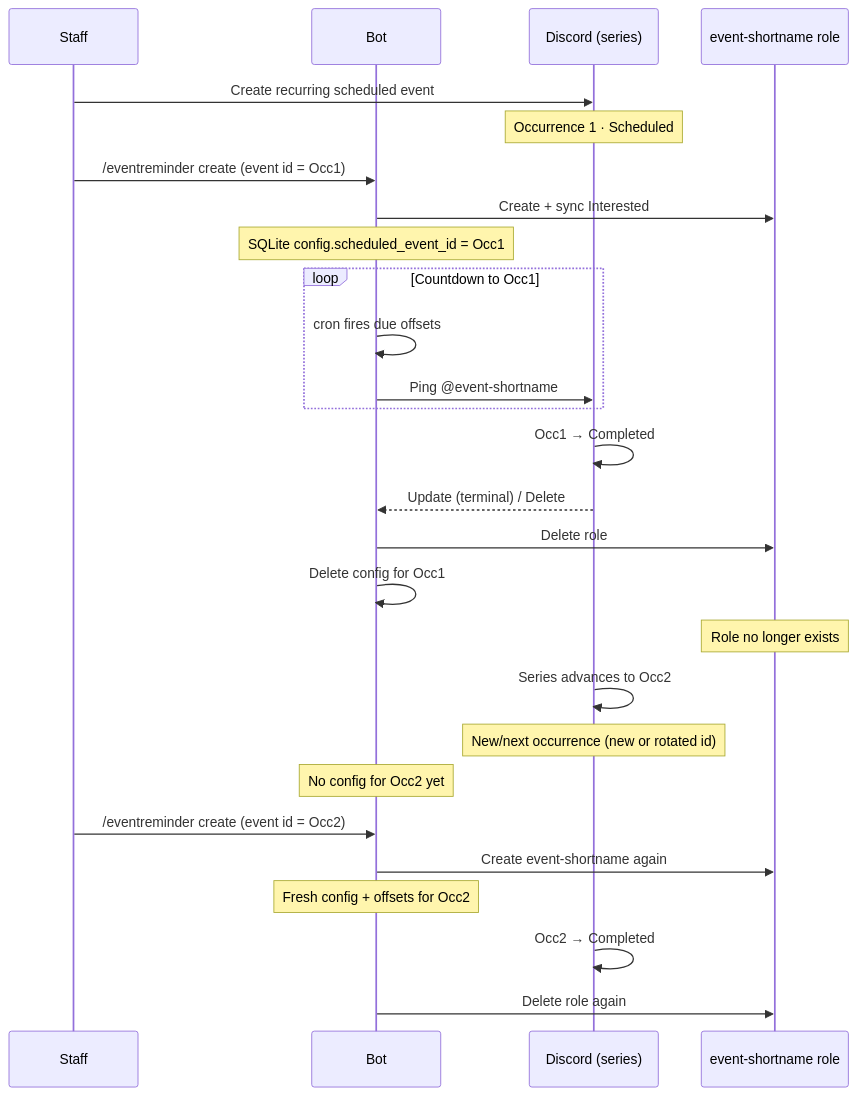
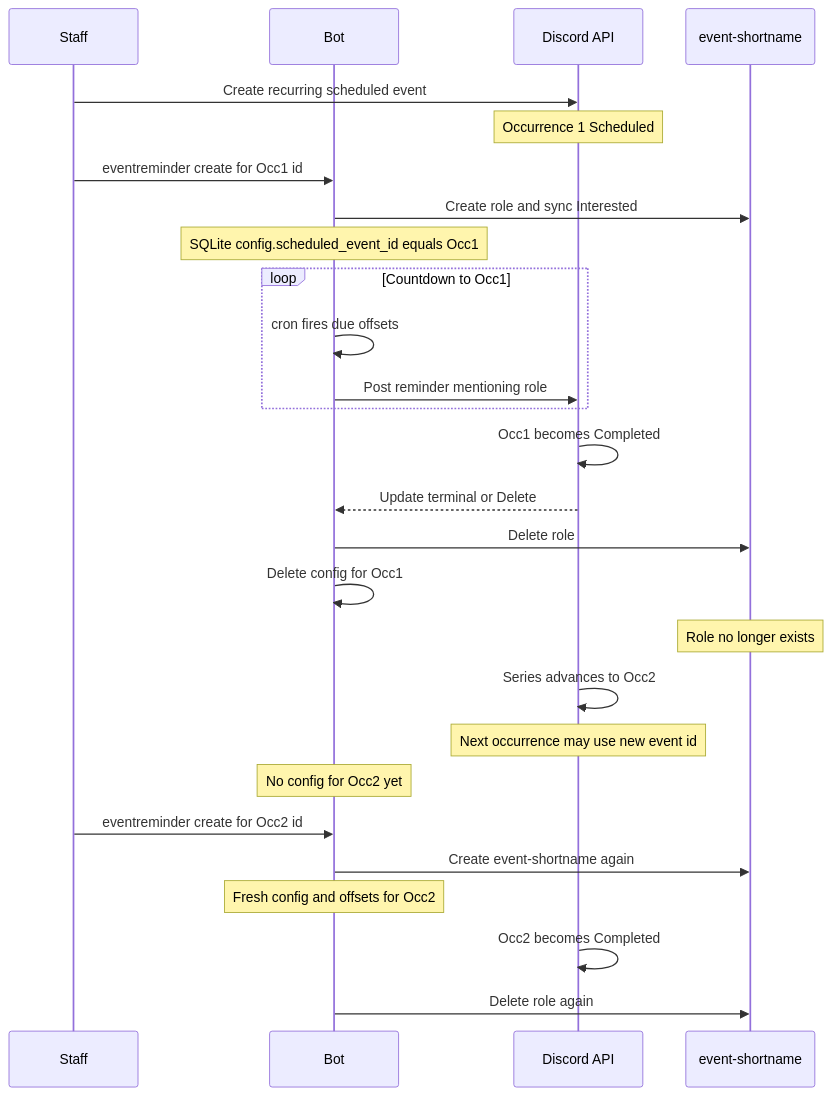
One commit to metalsp0rk/HeisenXP-Bot changed the fourth of 4 diagrams in docs/event-reminders.md. Above: the diagram before and after it, drawn with Mermaid. The commit also changed other lines of this file, not shown here.

First line of the commit message:
docs: fix one-time event reminder sequence diagram

````diff
--- a/docs/event-reminders.md
+++ b/docs/event-reminders.md
@@ -120,36 +124,36 @@
 ```mermaid
 sequenceDiagram
   participant Staff
   participant Bot
-  participant Discord as Discord (series)
-  participant Role as event-shortname role
+  participant Discord as Discord API
+  participant Role as event-shortname
 
   Staff->>Discord: Create recurring scheduled event
-  Note over Discord: Occurrence 1 · Scheduled
+  Note over Discord: Occurrence 1 Scheduled
 
-  Staff->>Bot: /eventreminder create (event id = Occ1)
-  Bot->>Role: Create + sync Interested
-  Note over Bot: SQLite config.scheduled_event_id = Occ1
+  Staff->>Bot: eventreminder create for Occ1 id
+  Bot->>Role: Create role and sync Interested
+  Note over Bot: SQLite config.scheduled_event_id equals Occ1
 
   loop Countdown to Occ1
     Bot->>Bot: cron fires due offsets
-    Bot->>Discord: Ping @event-shortname
+    Bot->>Discord: Post reminder mentioning role
   end
 
-  Discord->>Discord: Occ1 → Completed
-  Discord-->>Bot: Update (terminal) / Delete
+  Discord->>Discord: Occ1 becomes Completed
+  Discord-->>Bot: Update terminal or Delete
   Bot->>Role: Delete role
   Bot->>Bot: Delete config for Occ1
   Note over Role: Role no longer exists
 
   Discord->>Discord: Series advances to Occ2
-  Note over Discord: New/next occurrence (new or rotated id)
+  Note over Discord: Next occurrence may use new event id
   Note over Bot: No config for Occ2 yet
 
-  Staff->>Bot: /eventreminder create (event id = Occ2)
+  Staff->>Bot: eventreminder create for Occ2 id
   Bot->>Role: Create event-shortname again
-  Note over Bot: Fresh config + offsets for Occ2
+  Note over Bot: Fresh config and offsets for Occ2
 
-  Discord->>Discord: Occ2 → Completed
+  Discord->>Discord: Occ2 becomes Completed
   Bot->>Role: Delete role again
 ```
````
